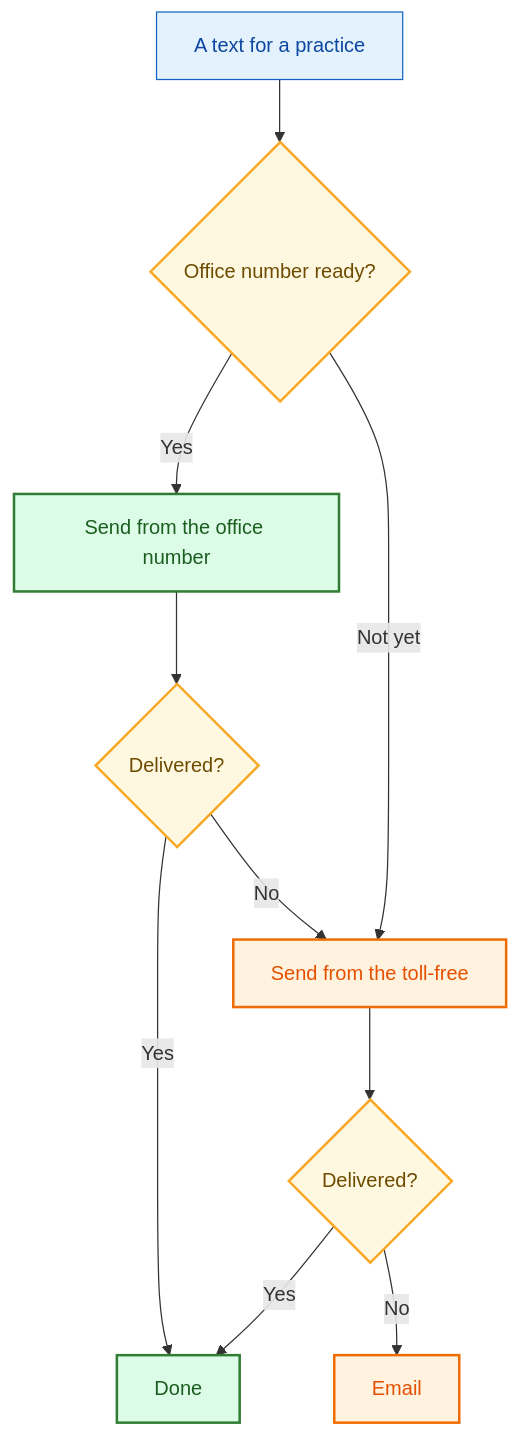
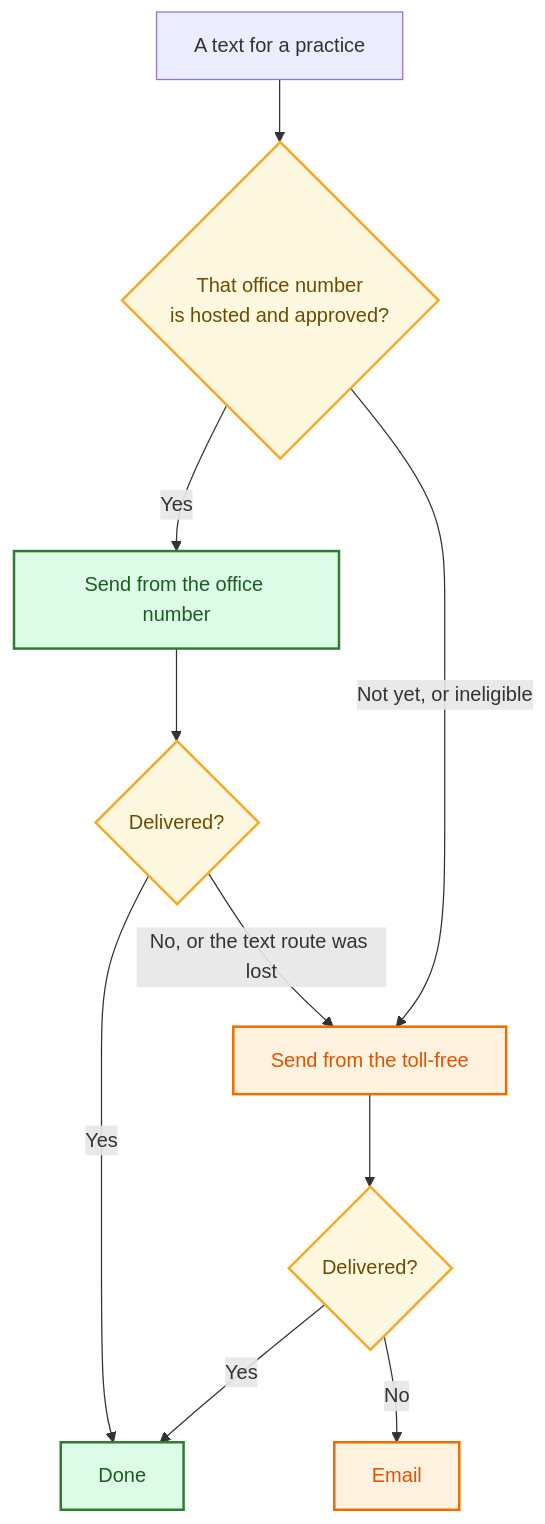
One commit to daava-hq/shared-docs changed the fifth of 5 diagrams in docs/office-number-texting-report.md. Above: the diagram before and after it, drawn with Mermaid. The commit also changed other lines of this file, not shown here.

First line of the commit message:
Restore the original texting report diagrams

````diff
--- a/docs/office-number-texting-report.md
+++ b/docs/office-number-texting-report.md
@@ -223,22 +222,20 @@
 ```mermaid
 flowchart TD
-  MSG["A text for a practice"] --> READY{"Office number ready?"}
+  MSG["A text for a practice"] --> READY{"That office number<br/>is hosted and approved?"}
   READY -->|Yes| OFFICE["Send from the office number"]
-  READY -->|Not yet| TF["Send from the toll-free"]
+  READY -->|"Not yet, or ineligible"| TF["Send from the toll-free"]
   OFFICE --> OK{"Delivered?"}
   OK -->|Yes| DONE["Done"]
-  OK -->|No| TF
+  OK -->|"No, or the text route was lost"| TF
   TF --> STILL{"Delivered?"}
   STILL -->|Yes| DONE
   STILL -->|No| EMAIL["Email"]
 
   classDef decisionNode fill:#fff8e1,stroke:#f9a825,stroke-width:2px,color:#6d4c00
-  classDef actionNode fill:#e3f2fd,stroke:#1565c0,color:#0d47a1
   classDef cleanNode fill:#dcfce7,stroke:#2e7d32,stroke-width:2px,color:#1b5e20
   classDef fallNode fill:#fff3e0,stroke:#ef6c00,stroke-width:2px,color:#e65100
 
   class READY,OK,STILL decisionNode
-  class MSG actionNode
   class OFFICE,DONE cleanNode
   class TF,EMAIL fallNode
 ```
````
